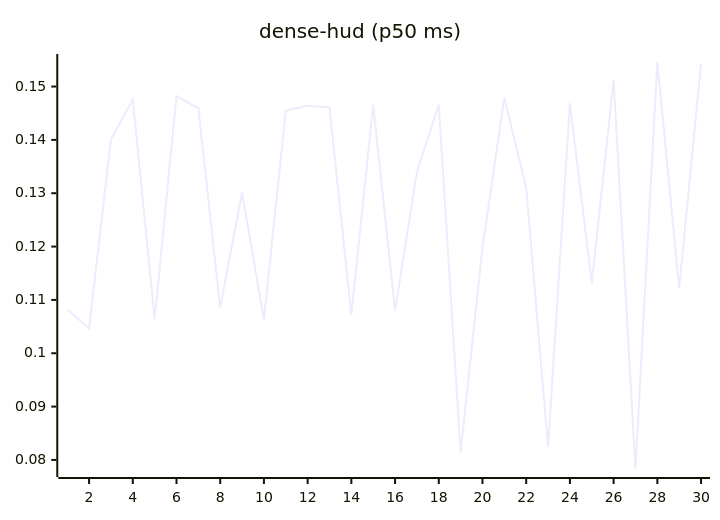
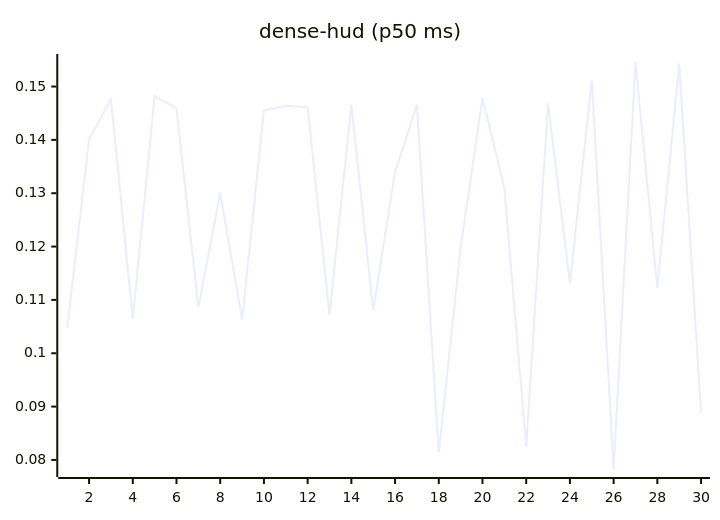
The eighth of 27 diagrams in README.md (josha/Facet), drawn with Mermaid before and after one commit. The commit also changed other lines of this file and 2 other files, not shown here.

````diff
--- a/README.md
+++ b/README.md
@@ -112,6 +112,6 @@
 ```mermaid
 xychart-beta
     title "dense-hud (p50 ms)"
     x-axis 1 --> 30
-    line [0.1082, 0.1047, 0.1401, 0.1476, 0.1064, 0.1482, 0.1459, 0.1086, 0.1301, 0.1063, 0.1455, 0.1464, 0.1461, 0.1072, 0.1466, 0.1080, 0.1340, 0.1466, 0.0814, 0.1198, 0.1479, 0.1310, 0.0825, 0.1469, 0.1131, 0.1512, 0.0783, 0.1546, 0.1122, 0.1543]
+    line [0.1047, 0.1401, 0.1476, 0.1064, 0.1482, 0.1459, 0.1086, 0.1301, 0.1063, 0.1455, 0.1464, 0.1461, 0.1072, 0.1466, 0.1080, 0.1340, 0.1466, 0.0814, 0.1198, 0.1479, 0.1310, 0.0825, 0.1469, 0.1131, 0.1512, 0.0783, 0.1546, 0.1122, 0.1543, 0.0888]
 ```
````
